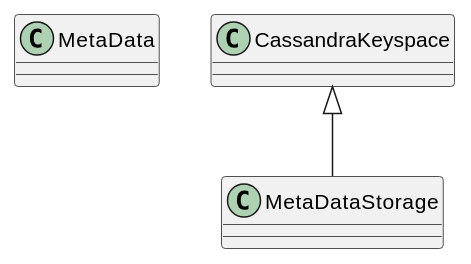
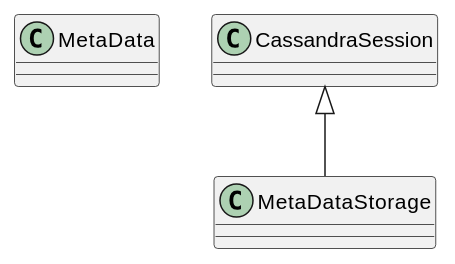
Before and after one commit to pascalberinguie/castor: the fourth of 7 diagrams in readme.md, drawn with PlantUML. The commit also changed other lines of this file, not shown here.

````diff
--- a/readme.md
+++ b/readme.md
@@ -266,4 +266,4 @@
 ```plantuml
 class MetaData
-CassandraKeyspace <|-- MetaDataStorage
+CassandraSession <|-- MetaDataStorage
 ```
````
